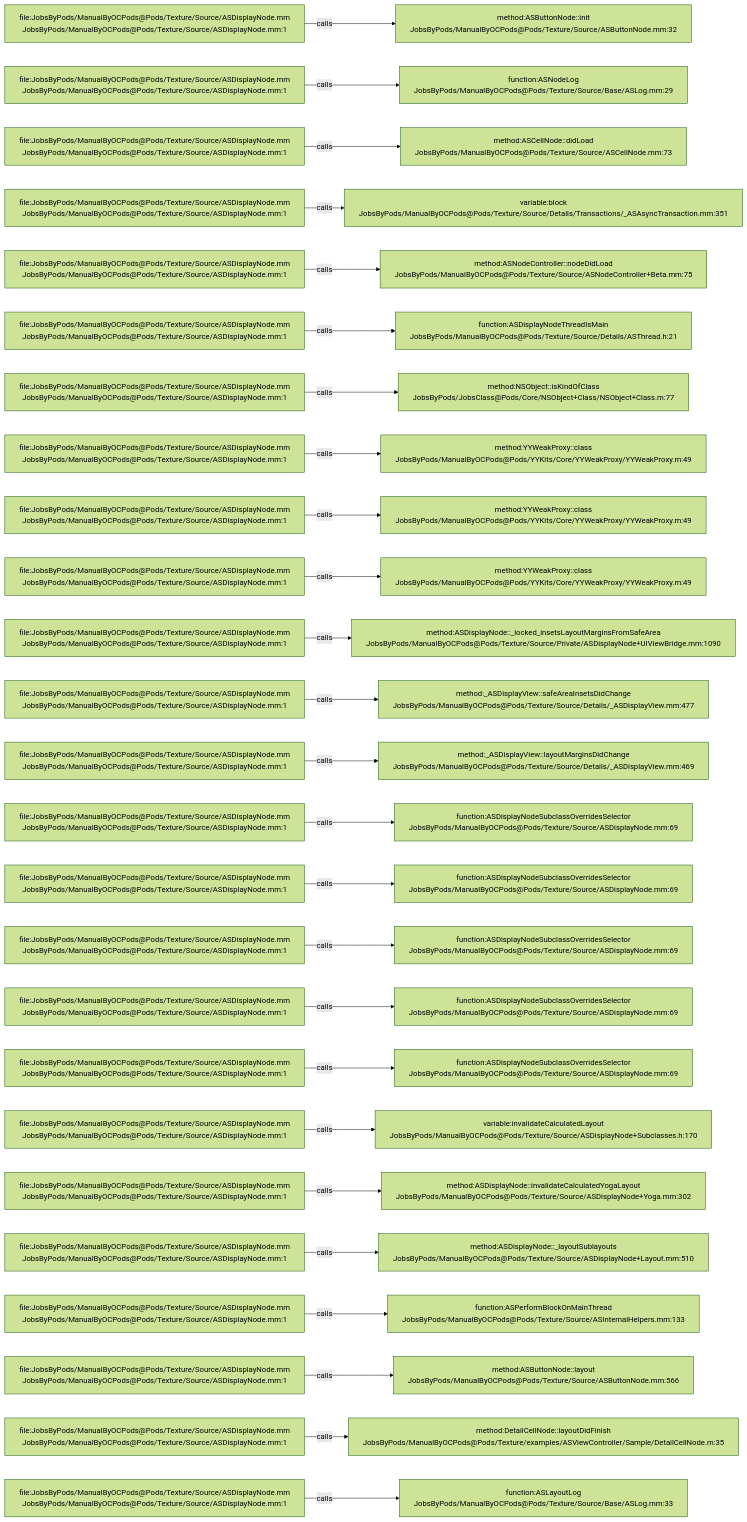
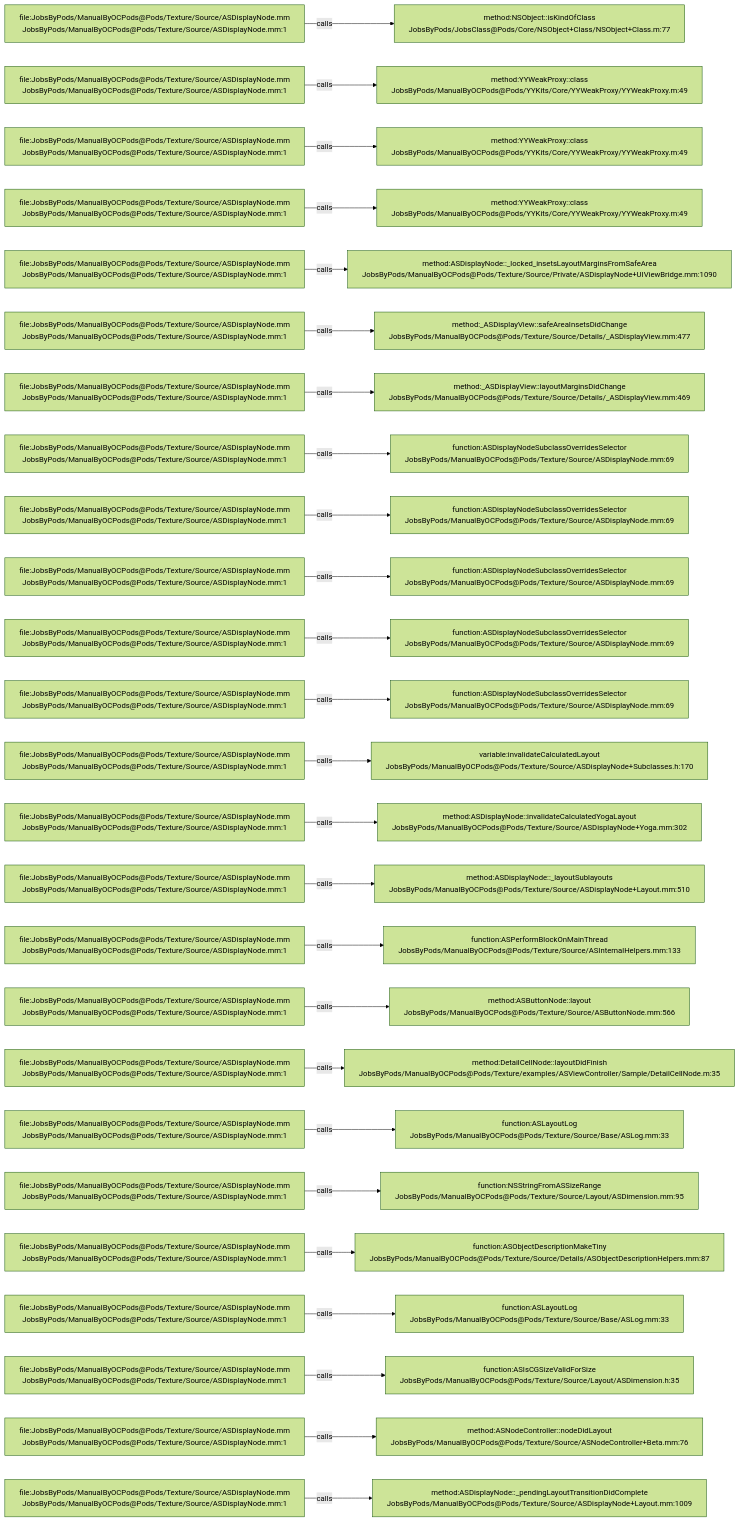
Before and after one commit to JobsKits/JobsOCBaseConfigDemo: the diagram in .codegraph/codegraph.md/graphs/calls-090.md, drawn with Mermaid (forest theme). The commit also changed 666 other files, not shown here.

````diff
--- a/.codegraph/codegraph.md/graphs/calls-090.md
+++ b/.codegraph/codegraph.md/graphs/calls-090.md
@@ -13,78 +13,78 @@
 ```mermaid
 flowchart LR
   S1["file:JobsByPods/ManualByOCPods@Pods/Texture/Source/ASDisplayNode.mm<br/>JobsByPods/ManualByOCPods@Pods/Texture/Source/ASDisplayNode.mm:1"]
-  T1["method:ASButtonNode::init<br/>JobsByPods/ManualByOCPods@Pods/Texture/Source/ASButtonNode.mm:32"]
+  T1["method:NSObject::isKindOfClass<br/>JobsByPods/JobsClass@Pods/Core/NSObject+Class/NSObject+Class.m:77"]
   S1 -->|calls| T1
   S2["file:JobsByPods/ManualByOCPods@Pods/Texture/Source/ASDisplayNode.mm<br/>JobsByPods/ManualByOCPods@Pods/Texture/Source/ASDisplayNode.mm:1"]
-  T2["function:ASNodeLog<br/>JobsByPods/ManualByOCPods@Pods/Texture/Source/Base/ASLog.mm:29"]
+  T2["method:YYWeakProxy::class<br/>JobsByPods/ManualByOCPods@Pods/YYKits/Core/YYWeakProxy/YYWeakProxy.m:49"]
   S2 -->|calls| T2
   S3["file:JobsByPods/ManualByOCPods@Pods/Texture/Source/ASDisplayNode.mm<br/>JobsByPods/ManualByOCPods@Pods/Texture/Source/ASDisplayNode.mm:1"]
-  T3["method:ASCellNode::didLoad<br/>JobsByPods/ManualByOCPods@Pods/Texture/Source/ASCellNode.mm:73"]
+  T3["method:YYWeakProxy::class<br/>JobsByPods/ManualByOCPods@Pods/YYKits/Core/YYWeakProxy/YYWeakProxy.m:49"]
   S3 -->|calls| T3
   S4["file:JobsByPods/ManualByOCPods@Pods/Texture/Source/ASDisplayNode.mm<br/>JobsByPods/ManualByOCPods@Pods/Texture/Source/ASDisplayNode.mm:1"]
-  T4["variable:block<br/>JobsByPods/ManualByOCPods@Pods/Texture/Source/Details/Transactions/_ASAsyncTransaction.mm:351"]
+  T4["method:YYWeakProxy::class<br/>JobsByPods/ManualByOCPods@Pods/YYKits/Core/YYWeakProxy/YYWeakProxy.m:49"]
   S4 -->|calls| T4
   S5["file:JobsByPods/ManualByOCPods@Pods/Texture/Source/ASDisplayNode.mm<br/>JobsByPods/ManualByOCPods@Pods/Texture/Source/ASDisplayNode.mm:1"]
-  T5["method:ASNodeController::nodeDidLoad<br/>JobsByPods/ManualByOCPods@Pods/Texture/Source/ASNodeController+Beta.mm:75"]
+  T5["method:ASDisplayNode::_locked_insetsLayoutMarginsFromSafeArea<br/>JobsByPods/ManualByOCPods@Pods/Texture/Source/Private/ASDisplayNode+UIViewBridge.mm:1090"]
   S5 -->|calls| T5
   S6["file:JobsByPods/ManualByOCPods@Pods/Texture/Source/ASDisplayNode.mm<br/>JobsByPods/ManualByOCPods@Pods/Texture/Source/ASDisplayNode.mm:1"]
-  T6["function:ASDisplayNodeThreadIsMain<br/>JobsByPods/ManualByOCPods@Pods/Texture/Source/Details/ASThread.h:21"]
+  T6["method:_ASDisplayView::safeAreaInsetsDidChange<br/>JobsByPods/ManualByOCPods@Pods/Texture/Source/Details/_ASDisplayView.mm:477"]
   S6 -->|calls| T6
   S7["file:JobsByPods/ManualByOCPods@Pods/Texture/Source/ASDisplayNode.mm<br/>JobsByPods/ManualByOCPods@Pods/Texture/Source/ASDisplayNode.mm:1"]
-  T7["method:NSObject::isKindOfClass<br/>JobsByPods/JobsClass@Pods/Core/NSObject+Class/NSObject+Class.m:77"]
+  T7["method:_ASDisplayView::layoutMarginsDidChange<br/>JobsByPods/ManualByOCPods@Pods/Texture/Source/Details/_ASDisplayView.mm:469"]
   S7 -->|calls| T7
   S8["file:JobsByPods/ManualByOCPods@Pods/Texture/Source/ASDisplayNode.mm<br/>JobsByPods/ManualByOCPods@Pods/Texture/Source/ASDisplayNode.mm:1"]
-  T8["method:YYWeakProxy::class<br/>JobsByPods/ManualByOCPods@Pods/YYKits/Core/YYWeakProxy/YYWeakProxy.m:49"]
+  T8["function:ASDisplayNodeSubclassOverridesSelector<br/>JobsByPods/ManualByOCPods@Pods/Texture/Source/ASDisplayNode.mm:69"]
   S8 -->|calls| T8
   S9["file:JobsByPods/ManualByOCPods@Pods/Texture/Source/ASDisplayNode.mm<br/>JobsByPods/ManualByOCPods@Pods/Texture/Source/ASDisplayNode.mm:1"]
-  T9["method:YYWeakProxy::class<br/>JobsByPods/ManualByOCPods@Pods/YYKits/Core/YYWeakProxy/YYWeakProxy.m:49"]
+  T9["function:ASDisplayNodeSubclassOverridesSelector<br/>JobsByPods/ManualByOCPods@Pods/Texture/Source/ASDisplayNode.mm:69"]
   S9 -->|calls| T9
   S10["file:JobsByPods/ManualByOCPods@Pods/Texture/Source/ASDisplayNode.mm<br/>JobsByPods/ManualByOCPods@Pods/Texture/Source/ASDisplayNode.mm:1"]
-  T10["method:YYWeakProxy::class<br/>JobsByPods/ManualByOCPods@Pods/YYKits/Core/YYWeakProxy/YYWeakProxy.m:49"]
+  T10["function:ASDisplayNodeSubclassOverridesSelector<br/>JobsByPods/ManualByOCPods@Pods/Texture/Source/ASDisplayNode.mm:69"]
   S10 -->|calls| T10
   S11["file:JobsByPods/ManualByOCPods@Pods/Texture/Source/ASDisplayNode.mm<br/>JobsByPods/ManualByOCPods@Pods/Texture/Source/ASDisplayNode.mm:1"]
-  T11["method:ASDisplayNode::_locked_insetsLayoutMarginsFromSafeArea<br/>JobsByPods/ManualByOCPods@Pods/Texture/Source/Private/ASDisplayNode+UIViewBridge.mm:1090"]
+  T11["function:ASDisplayNodeSubclassOverridesSelector<br/>JobsByPods/ManualByOCPods@Pods/Texture/Source/ASDisplayNode.mm:69"]
   S11 -->|calls| T11
   S12["file:JobsByPods/ManualByOCPods@Pods/Texture/Source/ASDisplayNode.mm<br/>JobsByPods/ManualByOCPods@Pods/Texture/Source/ASDisplayNode.mm:1"]
-  T12["method:_ASDisplayView::safeAreaInsetsDidChange<br/>JobsByPods/ManualByOCPods@Pods/Texture/Source/Details/_ASDisplayView.mm:477"]
+  T12["function:ASDisplayNodeSubclassOverridesSelector<br/>JobsByPods/ManualByOCPods@Pods/Texture/Source/ASDisplayNode.mm:69"]
   S12 -->|calls| T12
   S13["file:JobsByPods/ManualByOCPods@Pods/Texture/Source/ASDisplayNode.mm<br/>JobsByPods/ManualByOCPods@Pods/Texture/Source/ASDisplayNode.mm:1"]
-  T13["method:_ASDisplayView::layoutMarginsDidChange<br/>JobsByPods/ManualByOCPods@Pods/Texture/Source/Details/_ASDisplayView.mm:469"]
+  T13["variable:invalidateCalculatedLayout<br/>JobsByPods/ManualByOCPods@Pods/Texture/Source/ASDisplayNode+Subclasses.h:170"]
   S13 -->|calls| T13
   S14["file:JobsByPods/ManualByOCPods@Pods/Texture/Source/ASDisplayNode.mm<br/>JobsByPods/ManualByOCPods@Pods/Texture/Source/ASDisplayNode.mm:1"]
-  T14["function:ASDisplayNodeSubclassOverridesSelector<br/>JobsByPods/ManualByOCPods@Pods/Texture/Source/ASDisplayNode.mm:69"]
+  T14["method:ASDisplayNode::invalidateCalculatedYogaLayout<br/>JobsByPods/ManualByOCPods@Pods/Texture/Source/ASDisplayNode+Yoga.mm:302"]
   S14 -->|calls| T14
   S15["file:JobsByPods/ManualByOCPods@Pods/Texture/Source/ASDisplayNode.mm<br/>JobsByPods/ManualByOCPods@Pods/Texture/Source/ASDisplayNode.mm:1"]
-  T15["function:ASDisplayNodeSubclassOverridesSelector<br/>JobsByPods/ManualByOCPods@Pods/Texture/Source/ASDisplayNode.mm:69"]
+  T15["method:ASDisplayNode::_layoutSublayouts<br/>JobsByPods/ManualByOCPods@Pods/Texture/Source/ASDisplayNode+Layout.mm:510"]
   S15 -->|calls| T15
   S16["file:JobsByPods/ManualByOCPods@Pods/Texture/Source/ASDisplayNode.mm<br/>JobsByPods/ManualByOCPods@Pods/Texture/Source/ASDisplayNode.mm:1"]
-  T16["function:ASDisplayNodeSubclassOverridesSelector<br/>JobsByPods/ManualByOCPods@Pods/Texture/Source/ASDisplayNode.mm:69"]
+  T16["function:ASPerformBlockOnMainThread<br/>JobsByPods/ManualByOCPods@Pods/Texture/Source/ASInternalHelpers.mm:133"]
   S16 -->|calls| T16
   S17["file:JobsByPods/ManualByOCPods@Pods/Texture/Source/ASDisplayNode.mm<br/>JobsByPods/ManualByOCPods@Pods/Texture/Source/ASDisplayNode.mm:1"]
-  T17["function:ASDisplayNodeSubclassOverridesSelector<br/>JobsByPods/ManualByOCPods@Pods/Texture/Source/ASDisplayNode.mm:69"]
+  T17["method:ASButtonNode::layout<br/>JobsByPods/ManualByOCPods@Pods/Texture/Source/ASButtonNode.mm:566"]
   S17 -->|calls| T17
   S18["file:JobsByPods/ManualByOCPods@Pods/Texture/Source/ASDisplayNode.mm<br/>JobsByPods/ManualByOCPods@Pods/Texture/Source/ASDisplayNode.mm:1"]
-  T18["function:ASDisplayNodeSubclassOverridesSelector<br/>JobsByPods/ManualByOCPods@Pods/Texture/Source/ASDisplayNode.mm:69"]
+  T18["method:DetailCellNode::layoutDidFinish<br/>JobsByPods/ManualByOCPods@Pods/Texture/examples/ASViewController/Sample/DetailCellNode.m:35"]
   S18 -->|calls| T18
   S19["file:JobsByPods/ManualByOCPods@Pods/Texture/Source/ASDisplayNode.mm<br/>JobsByPods/ManualByOCPods@Pods/Texture/Source/ASDisplayNode.mm:1"]
-  T19["variable:invalidateCalculatedLayout<br/>JobsByPods/ManualByOCPods@Pods/Texture/Source/ASDisplayNode+Subclasses.h:170"]
+  T19["function:ASLayoutLog<br/>JobsByPods/ManualByOCPods@Pods/Texture/Source/Base/ASLog.mm:33"]
   S19 -->|calls| T19
   S20["file:JobsByPods/ManualByOCPods@Pods/Texture/Source/ASDisplayNode.mm<br/>JobsByPods/ManualByOCPods@Pods/Texture/Source/ASDisplayNode.mm:1"]
-  T20["method:ASDisplayNode::invalidateCalculatedYogaLayout<br/>JobsByPods/ManualByOCPods@Pods/Texture/Source/ASDisplayNode+Yoga.mm:302"]
+  T20["function:NSStringFromASSizeRange<br/>JobsByPods/ManualByOCPods@Pods/Texture/Source/Layout/ASDimension.mm:95"]
   S20 -->|calls| T20
   S21["file:JobsByPods/ManualByOCPods@Pods/Texture/Source/ASDisplayNode.mm<br/>JobsByPods/ManualByOCPods@Pods/Texture/Source/ASDisplayNode.mm:1"]
-  T21["method:ASDisplayNode::_layoutSublayouts<br/>JobsByPods/ManualByOCPods@Pods/Texture/Source/ASDisplayNode+Layout.mm:510"]
+  T21["function:ASObjectDescriptionMakeTiny<br/>JobsByPods/ManualByOCPods@Pods/Texture/Source/Details/ASObjectDescriptionHelpers.mm:87"]
   S21 -->|calls| T21
   S22["file:JobsByPods/ManualByOCPods@Pods/Texture/Source/ASDisplayNode.mm<br/>JobsByPods/ManualByOCPods@Pods/Texture/Source/ASDisplayNode.mm:1"]
-  T22["function:ASPerformBlockOnMainThread<br/>JobsByPods/ManualByOCPods@Pods/Texture/Source/ASInternalHelpers.mm:133"]
+  T22["function:ASLayoutLog<br/>JobsByPods/ManualByOCPods@Pods/Texture/Source/Base/ASLog.mm:33"]
   S22 -->|calls| T22
   S23["file:JobsByPods/ManualByOCPods@Pods/Texture/Source/ASDisplayNode.mm<br/>JobsByPods/ManualByOCPods@Pods/Texture/Source/ASDisplayNode.mm:1"]
-  T23["method:ASButtonNode::layout<br/>JobsByPods/ManualByOCPods@Pods/Texture/Source/ASButtonNode.mm:566"]
+  T23["function:ASIsCGSizeValidForSize<br/>JobsByPods/ManualByOCPods@Pods/Texture/Source/Layout/ASDimension.h:35"]
   S23 -->|calls| T23
   S24["file:JobsByPods/ManualByOCPods@Pods/Texture/Source/ASDisplayNode.mm<br/>JobsByPods/ManualByOCPods@Pods/Texture/Source/ASDisplayNode.mm:1"]
-  T24["method:DetailCellNode::layoutDidFinish<br/>JobsByPods/ManualByOCPods@Pods/Texture/examples/ASViewController/Sample/DetailCellNode.m:35"]
+  T24["method:ASNodeController::nodeDidLayout<br/>JobsByPods/ManualByOCPods@Pods/Texture/Source/ASNodeController+Beta.mm:76"]
   S24 -->|calls| T24
   S25["file:JobsByPods/ManualByOCPods@Pods/Texture/Source/ASDisplayNode.mm<br/>JobsByPods/ManualByOCPods@Pods/Texture/Source/ASDisplayNode.mm:1"]
-  T25["function:ASLayoutLog<br/>JobsByPods/ManualByOCPods@Pods/Texture/Source/Base/ASLog.mm:33"]
+  T25["method:ASDisplayNode::_pendingLayoutTransitionDidComplete<br/>JobsByPods/ManualByOCPods@Pods/Texture/Source/ASDisplayNode+Layout.mm:1009"]
   S25 -->|calls| T25
 ```
````
